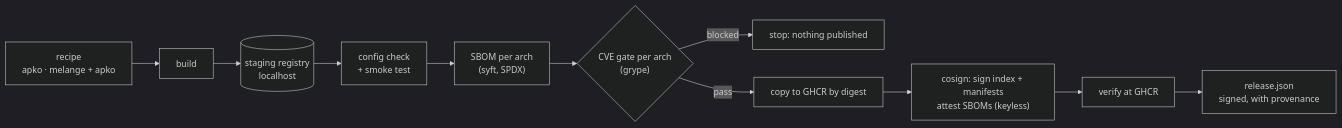
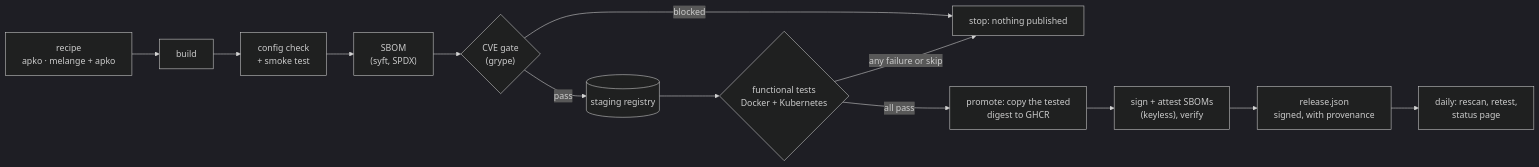
The diagram in README.md (jalijabe/wolfi-platform-images), drawn with Mermaid (dark theme) before and after one commit. The commit also changed other lines of this file and 26 other files, not shown here.

First line of the commit message:
feat: functional tests gate publishing; daily status page

````diff
--- a/README.md
+++ b/README.md
@@ -49,13 +75,15 @@
 ```mermaid
 flowchart LR
   R["recipe<br/>apko · melange + apko"] --> B[build]
-  B --> S[(staging registry<br/>localhost)]
-  S --> T["config check<br/>+ smoke test"]
-  T --> Y["SBOM per arch<br/>(syft, SPDX)"]
-  Y --> G{"CVE gate per arch<br/>(grype)"}
+  B --> T["config check<br/>+ smoke test"]
+  T --> Y["SBOM<br/>(syft, SPDX)"]
+  Y --> G{"CVE gate<br/>(grype)"}
   G -- blocked --> X[stop: nothing published]
-  G -- pass --> C[copy to GHCR by digest]
-  C --> K["cosign: sign index + manifests<br/>attest SBOMs (keyless)"]
-  K --> V[verify at GHCR]
-  V --> M["release.json<br/>signed, with provenance"]
+  G -- pass --> S[(staging registry)]
+  S --> F{"functional tests<br/>Docker + Kubernetes"}
+  F -- any failure or skip --> X
+  F -- all pass --> C["promote: copy the tested<br/>digest to GHCR"]
+  C --> K["sign + attest SBOMs<br/>(keyless), verify"]
+  K --> M["release.json<br/>signed, with provenance"]
+  M --> D["daily: rescan, retest,<br/>status page"]
 ```
````
